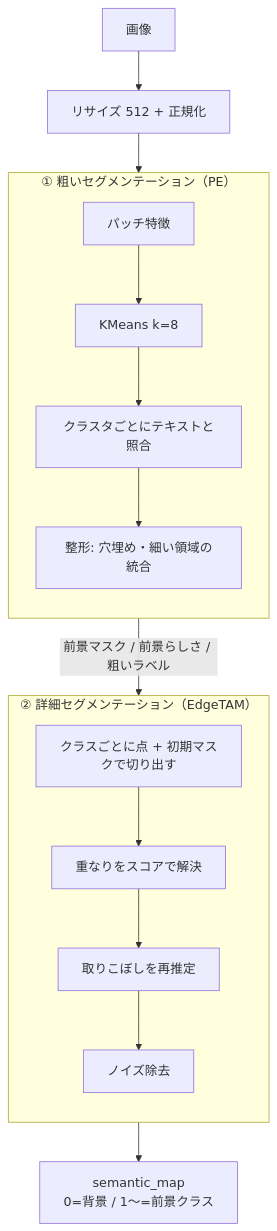
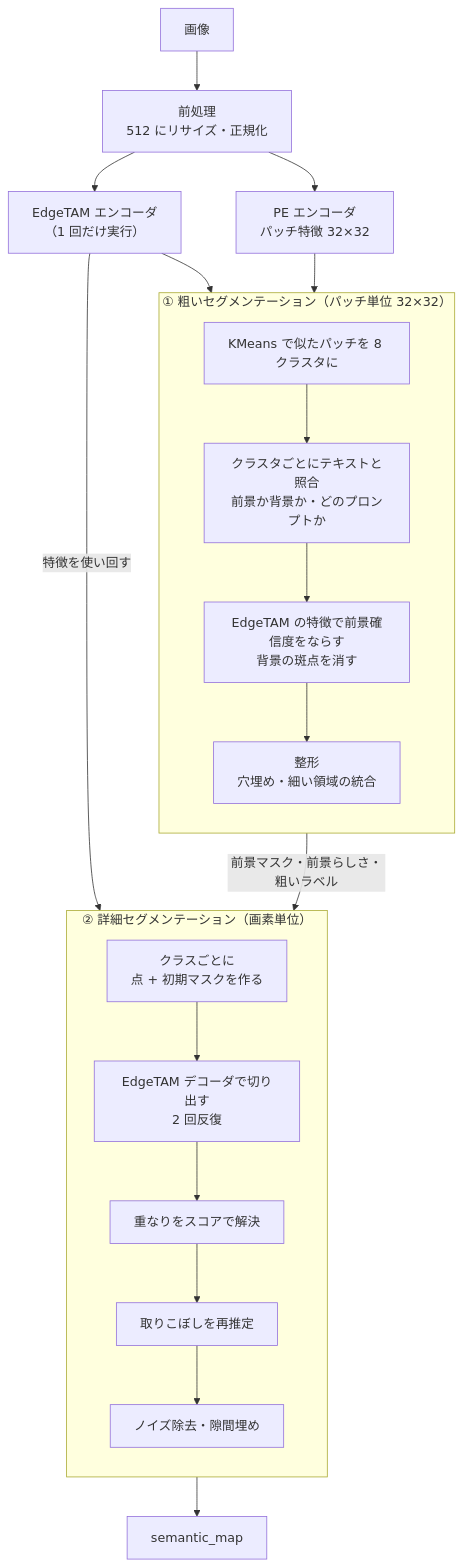
One commit to fklg-64/pe_anything_detect changed the first of 3 diagrams in docs/overview.md. Above: the diagram before and after it, drawn with Mermaid. The commit also changed other lines of this file and 46 other files, not shown here.

````diff
--- a/docs/overview.md
+++ b/docs/overview.md
@@ -8,23 +31,27 @@
 ```mermaid
 flowchart TD
-    IMG[画像] --> PRE[リサイズ 512 + 正規化]
-    PRE --> C
+    IMG["画像"] --> PRE["前処理<br/>512 にリサイズ・正規化"]
+    PRE --> ET["EdgeTAM エンコーダ<br/>（1 回だけ実行）"]
+    PRE --> PE["PE エンコーダ<br/>パッチ特徴 32×32"]
 
-    subgraph C["① 粗いセグメンテーション（PE）"]
+    subgraph C["① 粗いセグメンテーション（パッチ単位 32×32）"]
         direction TB
-        C1[パッチ特徴] --> C2[KMeans k=8]
-        C2 --> C3[クラスタごとにテキストと照合]
-        C3 --> C4[整形: 穴埋め・細い領域の統合]
+        C1["KMeans で似たパッチを 8 クラスタに"] --> C2["クラスタごとにテキストと照合<br/>前景か背景か・どのプロンプトか"]
+        C2 --> C3["EdgeTAM の特徴で前景確信度をならす<br/>背景の斑点を消す"]
+        C3 --> C4["整形<br/>穴埋め・細い領域の統合"]
     end
 
-    C -->|"前景マスク / 前景らしさ / 粗いラベル"| R
-
-    subgraph R["② 詳細セグメンテーション（EdgeTAM）"]
+    subgraph R["② 詳細セグメンテーション（画素単位）"]
         direction TB
-        R1[クラスごとに点 + 初期マスクで切り出す] --> R2[重なりをスコアで解決]
-        R2 --> R3[取りこぼしを再推定]
-        R3 --> R4[ノイズ除去]
+        R1["クラスごとに<br/>点 + 初期マスクを作る"] --> R2["EdgeTAM デコーダで切り出す<br/>2 回反復"]
+        R2 --> R3["重なりをスコアで解決"]
+        R3 --> R4["取りこぼしを再推定"]
+        R4 --> R5["ノイズ除去・隙間埋め"]
     end
 
-    R --> OUT["semantic_map<br/>0=背景 / 1〜=前景クラス"]
+    PE --> C
+    ET --> C3
+    C -->|"前景マスク・前景らしさ・粗いラベル"| R
+    ET -->|"特徴を使い回す"| R
+    R --> OUT["semantic_map"]
 ```
````
